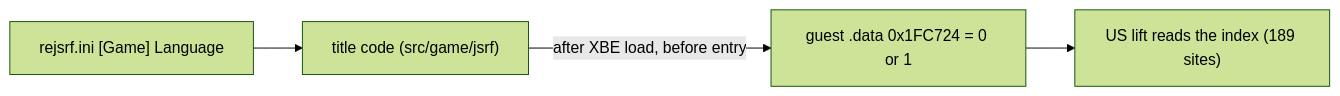
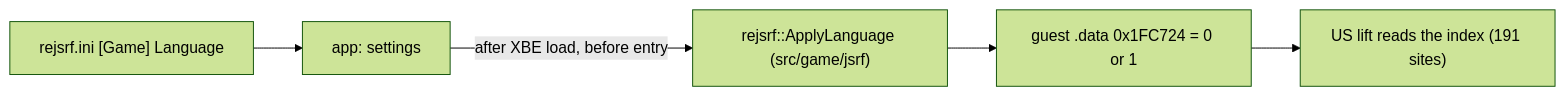
Before and after one commit to nworkers/reJSRF: the diagram in docs/design/20261020-i104-language-option.md, drawn with Mermaid (forest theme). The commit also changed other lines of this file and 5 other files, not shown here.

First line of the commit message:
docs: settle the language option design; Japanese run test, data diff and read sites (#104)

````diff
--- a/docs/design/20261020-i104-language-option.md
+++ b/docs/design/20261020-i104-language-option.md
@@ -20,6 +20,7 @@
 ```mermaid
 flowchart LR
-    INI["rejsrf.ini [Game] Language"] --> PROFILE["title code (src/game/jsrf)"]
-    PROFILE -->|"after XBE load, before entry"| POKE["guest .data 0x1FC724 = 0 or 1"]
-    POKE --> GAME["US lift reads the index (189 sites)"]
+    INI["rejsrf.ini [Game] Language"] --> APP["app: settings"]
+    APP -->|"after XBE load, before entry"| PROFILE["rejsrf::ApplyLanguage (src/game/jsrf)"]
+    PROFILE --> POKE["guest .data 0x1FC724 = 0 or 1"]
+    POKE --> GAME["US lift reads the index (191 sites)"]
 ```
````
